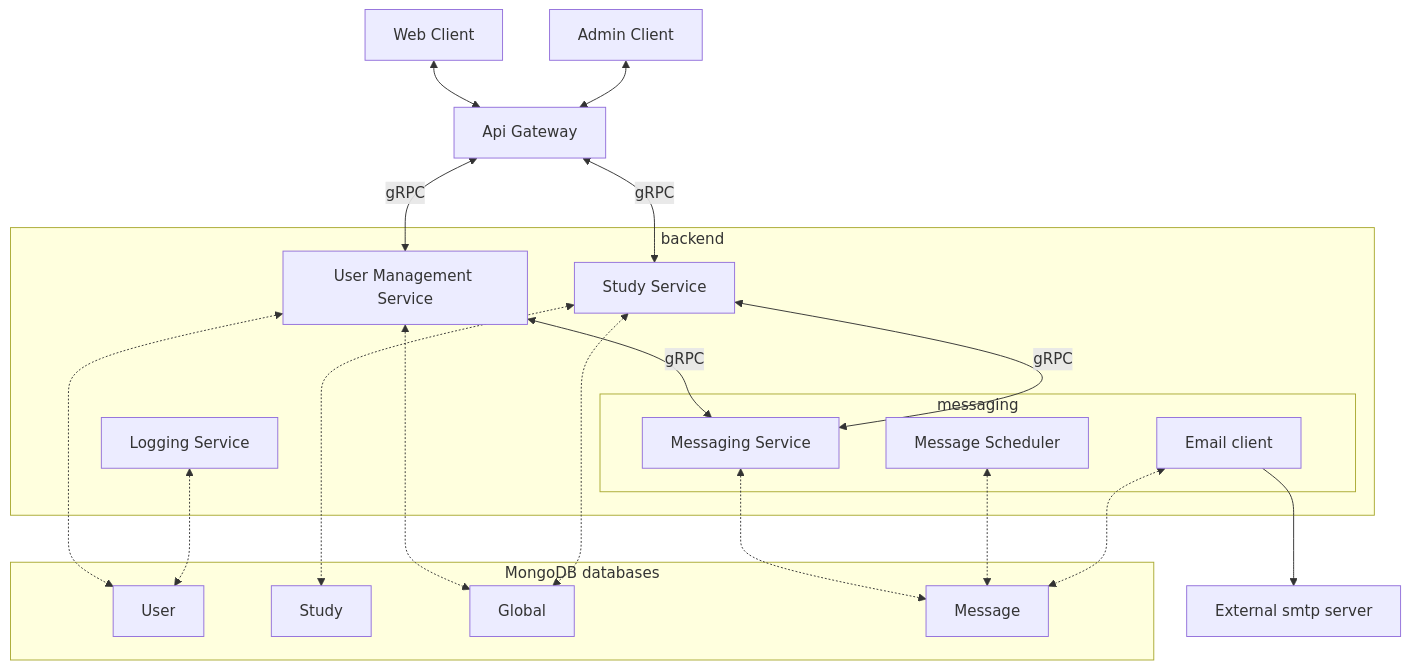
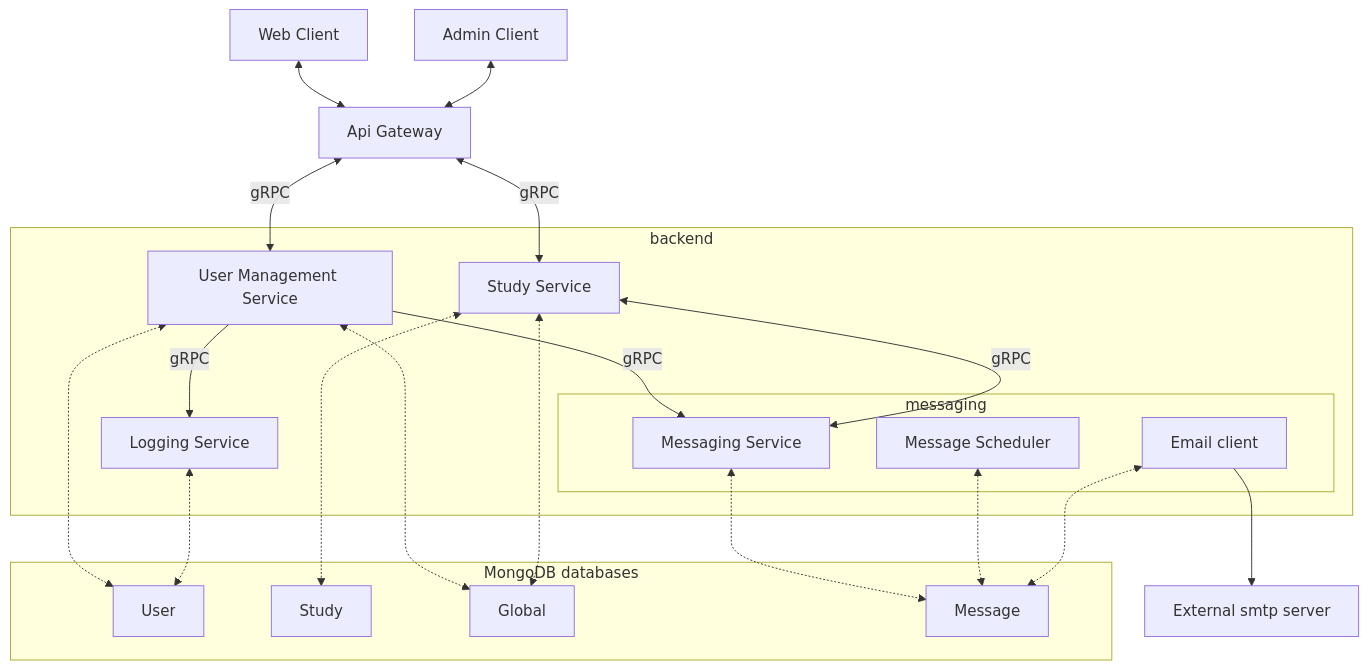
The diagram in docs/system/01-architecture.md (influenzanet/influenzanet.github.io), drawn with Mermaid before and after one commit.

Commit message:
complete service graph

````diff
--- a/docs/system/01-architecture.md
+++ b/docs/system/01-architecture.md
@@ -7,52 +7,53 @@
 ```mermaid
 flowchart TB
 
     apiGateway[Api Gateway]
     webClient[Web Client]
     adminClient[Admin Client]
 
     subgraph backend
         userService[User Management Service]
         studyService[Study Service]
         loggingService[Logging Service]
         subgraph messaging
             messagingService[Messaging Service]
             messageScheduler[Message Scheduler]
             emailClientService[Email client]
         end
     end
 
     subgraph db[MongoDB databases]
         userDB[User]
         studyDB[Study]
         globalDB[Global]
         messageDB[Message]
     end
 
     smtpServer[External smtp server]
 
     webClient<-->apiGateway
     adminClient<-->apiGateway
     
     apiGateway <-- gRPC --> userService
     apiGateway <-- gRPC --> studyService
 
     
     %% Svc to svc
-    userService <-- gRPC --> messagingService
-    studyService <-- gRPC -->messagingService
-
+    userService -- gRPC --> messagingService
+    studyService <-- gRPC --> messagingService
+    userService -- gRPC --> loggingService
+     
     %% Svc to db 
     userService <-.-> userDB
     studyService <-.-> studyDB
     userService <-.-> globalDB
     studyService <-.-> globalDB
 
     messagingService<-.->messageDB
     messageScheduler<-.->messageDB
     emailClientService<-.->messageDB
     loggingService<-.->userDB
 
     emailClientService --> smtpServer
 
 ```
````
